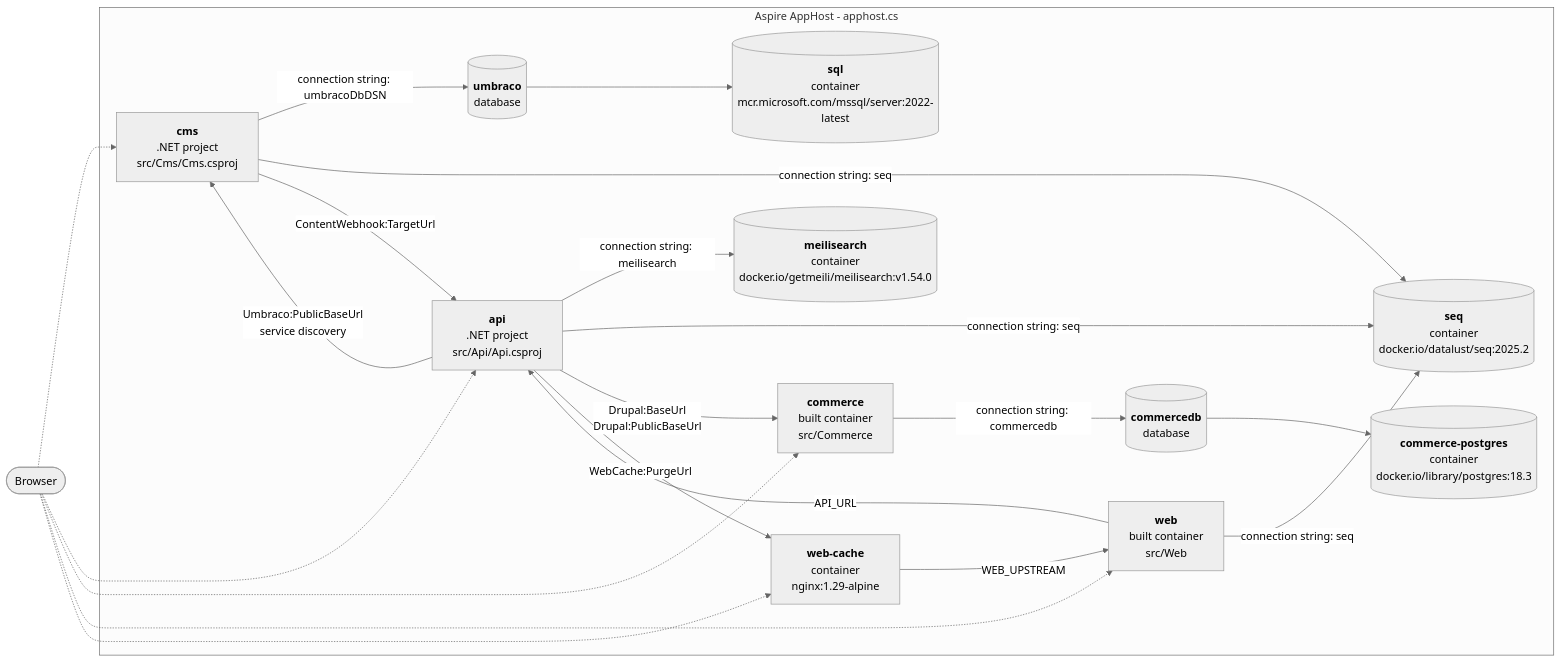
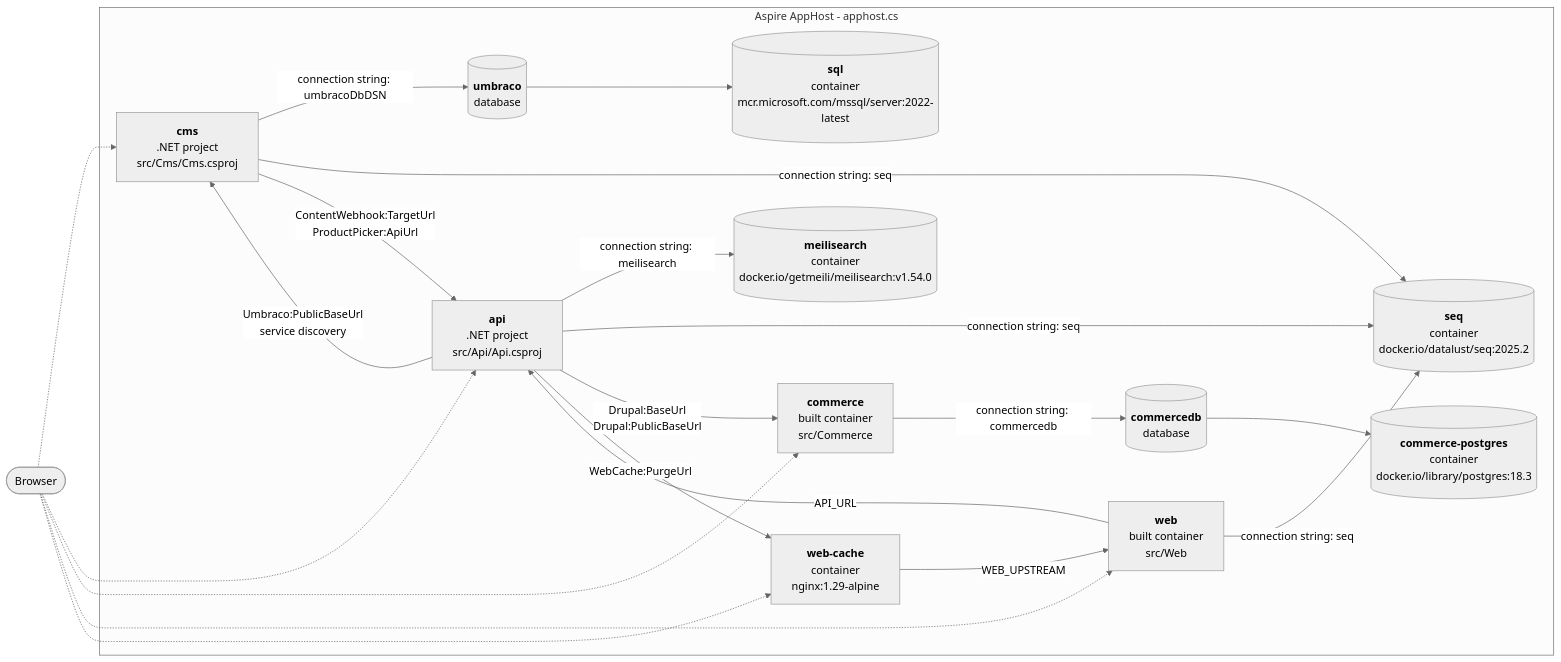
One commit to Snipon/aspire-mess-starter changed the diagram in README.md. Above: the diagram before and after it, drawn with Mermaid (neutral theme). The commit also changed other lines of this file and 22 other files, not shown here.

First line of the commit message:
Add a header mini cart and a product picker for articles

````diff
--- a/README.md
+++ b/README.md
@@ -16,38 +16,38 @@
 ```mermaid
 flowchart LR
     browser([Browser])
 
     subgraph apphost[Aspire AppHost - apphost.cs]
         sql[("<b>sql</b><br/>container<br/>mcr.microsoft.com/mssql/server:2022-latest")]
         umbraco[("<b>umbraco</b><br/>database")]
         meilisearch[("<b>meilisearch</b><br/>container<br/>docker.io/getmeili/meilisearch:v1.54.0")]
         seq[("<b>seq</b><br/>container<br/>docker.io/datalust/seq:2025.2")]
         commerce_postgres[("<b>commerce-postgres</b><br/>container<br/>docker.io/library/postgres:18.3")]
         commercedb[("<b>commercedb</b><br/>database")]
         cms["<b>cms</b><br/>.NET project<br/>src/Cms/Cms.csproj"]
         api["<b>api</b><br/>.NET project<br/>src/Api/Api.csproj"]
         commerce["<b>commerce</b><br/>built container<br/>src/Commerce"]
         web["<b>web</b><br/>built container<br/>src/Web"]
         web_cache["<b>web-cache</b><br/>container<br/>nginx:1.29-alpine"]
     end
 
     browser -.-> cms
     browser -.-> api
     browser -.-> commerce
     browser -.-> web
     browser -.-> web_cache
     umbraco --> sql
     commercedb --> commerce_postgres
     cms -- "connection string: umbracoDbDSN" --> umbraco
     cms -- "connection string: seq" --> seq
-    cms -- "ContentWebhook:TargetUrl" --> api
+    cms -- "ContentWebhook:TargetUrl<br/>ProductPicker:ApiUrl" --> api
     api -- "Umbraco:PublicBaseUrl<br/>service discovery" --> cms
     api -- "connection string: meilisearch" --> meilisearch
     api -- "connection string: seq" --> seq
     api -- "Drupal:BaseUrl<br/>Drupal:PublicBaseUrl" --> commerce
     api -- "WebCache:PurgeUrl" --> web_cache
     commerce -- "connection string: commercedb" --> commercedb
     web -- "API_URL" --> api
     web -- "connection string: seq" --> seq
     web_cache -- "WEB_UPSTREAM" --> web
 ```
````
